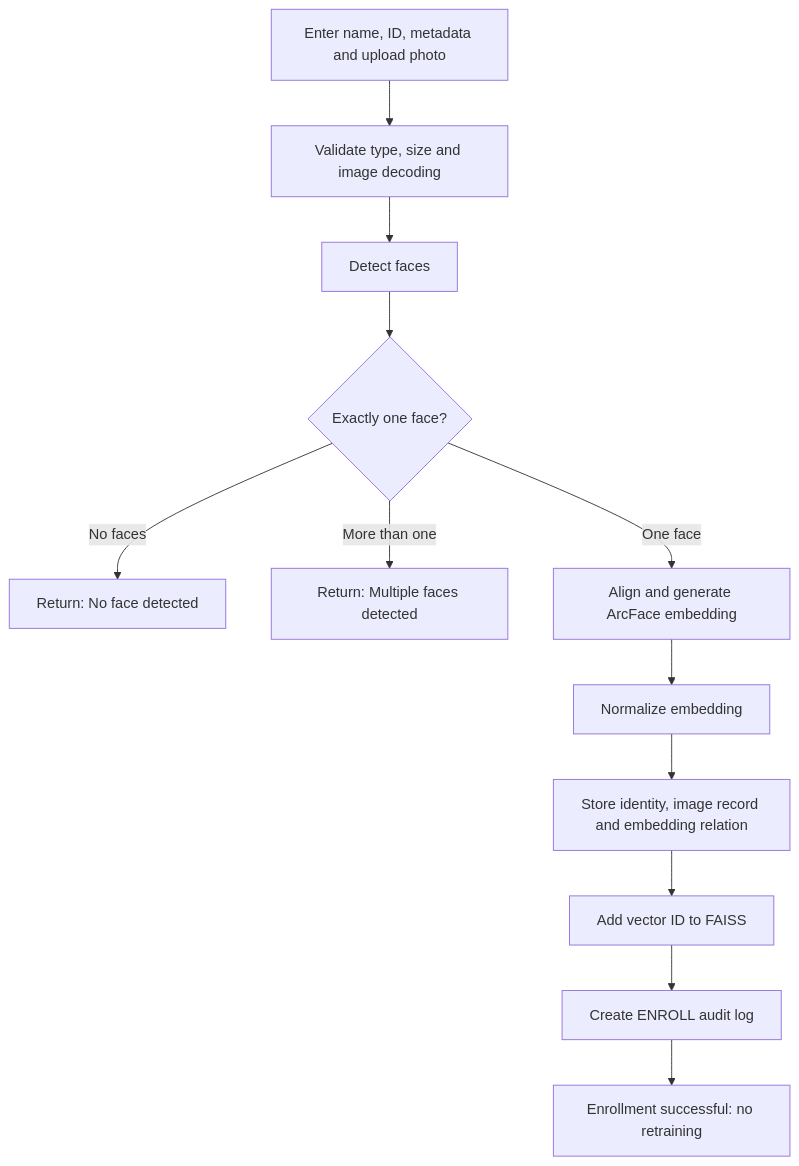
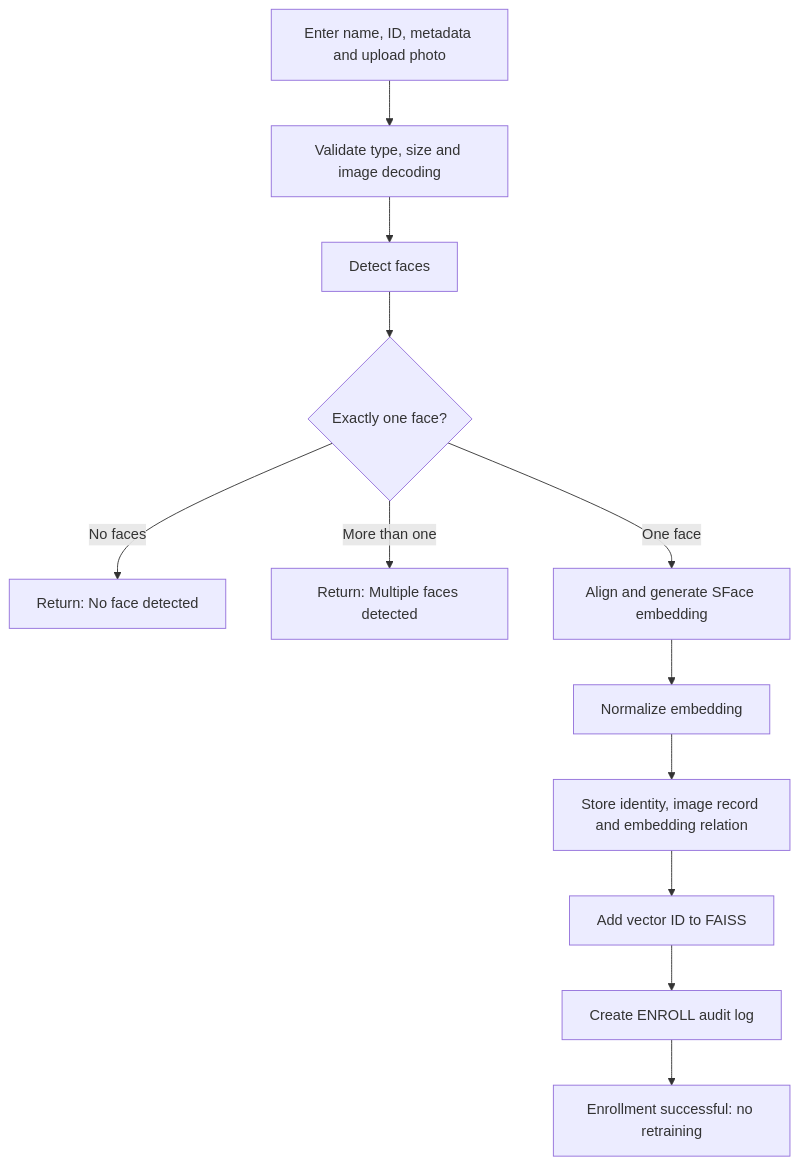
Before and after one commit to Vedulaudayeaswar/faceview: the third of 6 diagrams in README.md, drawn with Mermaid. The commit also changed other lines of this file and 13 other files, not shown here.

Commit message:
Replace InsightFace with OpenCV YuNet and SFace

````diff
--- a/README.md
+++ b/README.md
@@ -199,14 +199,14 @@
 ```mermaid
 flowchart TD
     A[Enter name, ID, metadata and upload photo] --> B[Validate type, size and image decoding]
     B --> C[Detect faces]
     C --> D{Exactly one face?}
     D -->|No faces| E[Return: No face detected]
     D -->|More than one| F[Return: Multiple faces detected]
-    D -->|One face| G[Align and generate ArcFace embedding]
+    D -->|One face| G[Align and generate SFace embedding]
     G --> H[Normalize embedding]
     H --> I[Store identity, image record and embedding relation]
     I --> J[Add vector ID to FAISS]
     J --> K[Create ENROLL audit log]
     K --> L[Enrollment successful: no retraining]
 ```
````
